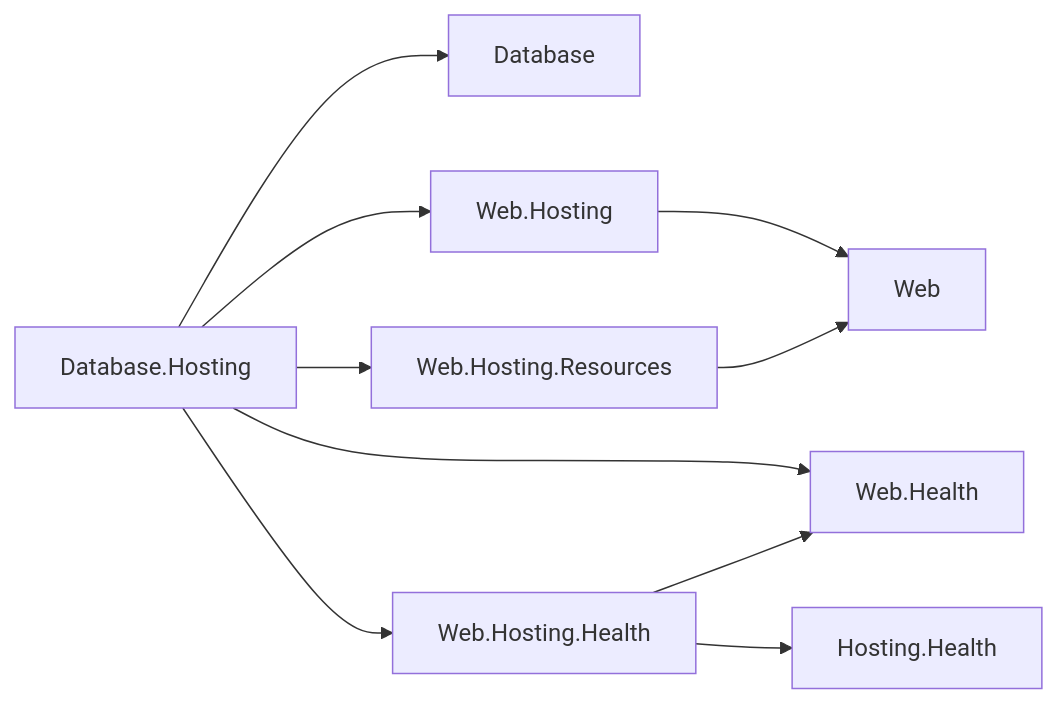
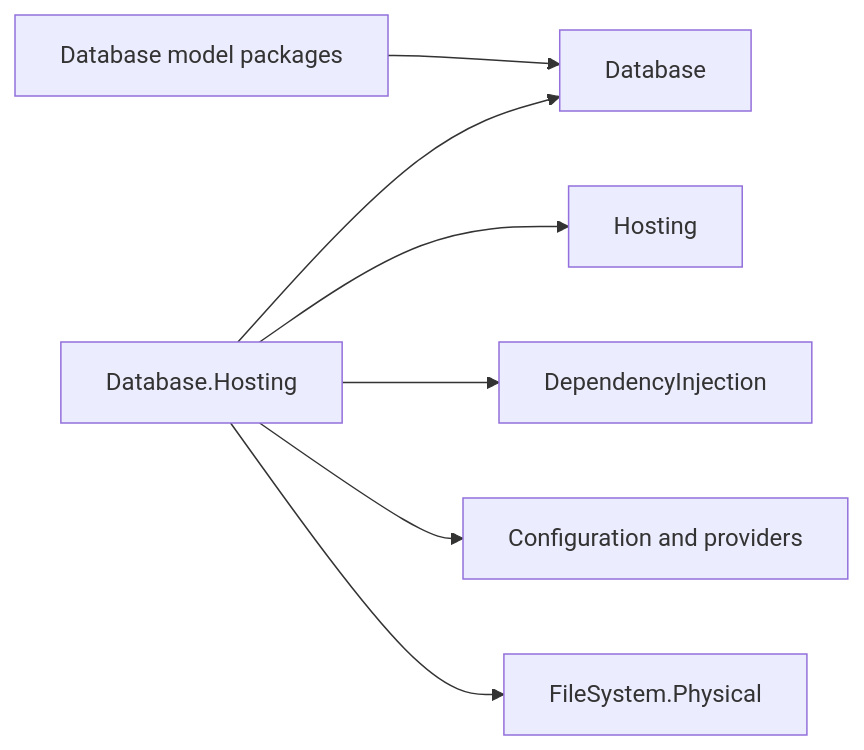
One commit to assimalign/cohesion changed the diagram in resources/Database/Assimalign.Cohesion.Database.Hosting/docs/DESIGN.md. Above: the diagram before and after it, drawn with Mermaid. The commit also changed other lines of this file and 111 other files, not shown here.

````diff
--- a/resources/Database/Assimalign.Cohesion.Database.Hosting/docs/DESIGN.md
+++ b/resources/Database/Assimalign.Cohesion.Database.Hosting/docs/DESIGN.md
@@ -25,12 +9,9 @@
 ```mermaid
 flowchart LR
-    DbHost["Database.Hosting"] --> Db["Database"]
-    DbHost --> WebHost["Web.Hosting"]
-    DbHost --> Terminal["Web.Hosting.Resources"]
-    DbHost --> Health["Web.Health"]
-    WebHost --> Web["Web"]
-    Terminal --> Web
-    DbHost --> Adapter["Web.Hosting.Health"]
-    Adapter --> Health
-    Adapter --> HH["Hosting.Health"]
+    Runtime["Database.Hosting"] --> Root["Database"]
+    Runtime --> Host["Hosting"]
+    Runtime --> DI["DependencyInjection"]
+    Runtime --> Config["Configuration and providers"]
+    Runtime --> FS["FileSystem.Physical"]
+    Model["Database model packages"] --> Root
 ```
````
